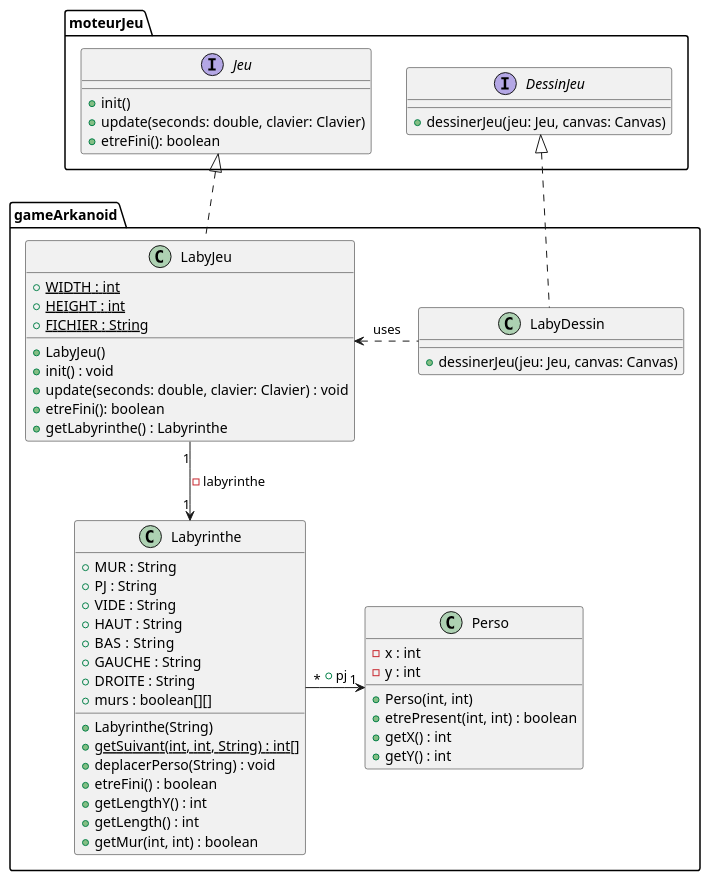
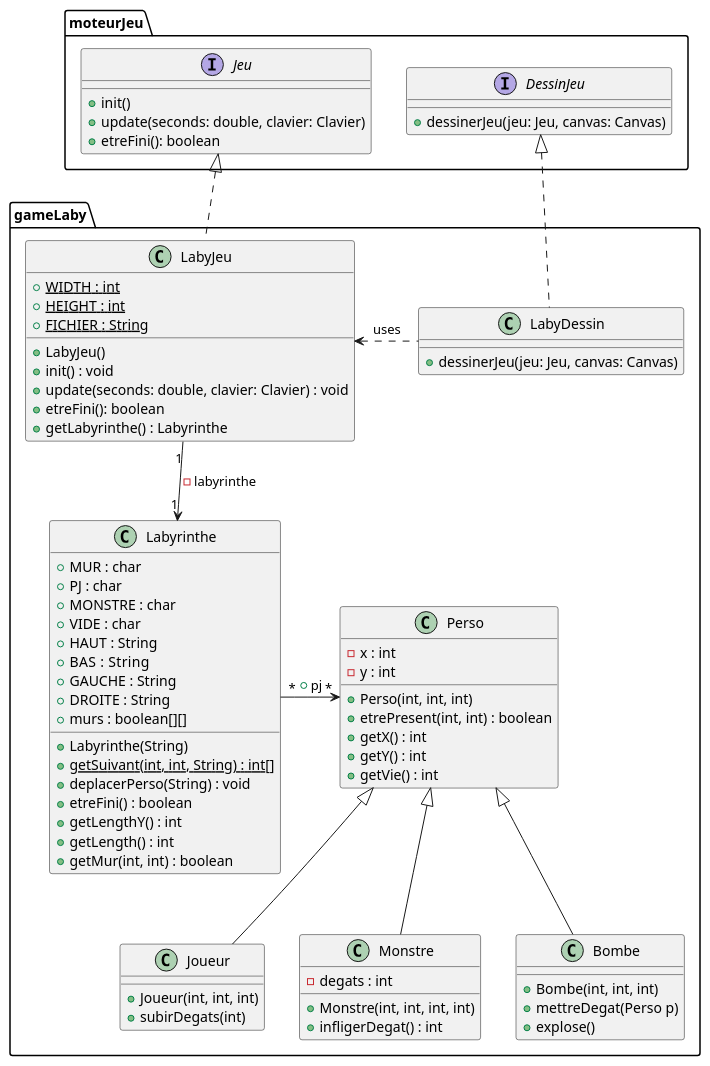
The diagram in projet_zeldiablo/documents/version_1/LabyJeu.puml (Packingdustry/2024_Zeldiablo_massoncl1u_delaborde2u_e2074u_marti1228u_e2920u), drawn with PlantUML before and after one commit.

Commit message:
MAJ diagramme de classe

```diff
--- a/projet_zeldiablo/documents/version_1/LabyJeu.puml
+++ b/projet_zeldiablo/documents/version_1/LabyJeu.puml
@@ -1,72 +1,89 @@
 @startuml
 package moteurJeu {
 
 interface Jeu{
 + init()
 + update(seconds: double, clavier: Clavier)
 + etreFini(): boolean
 }
 
 
 interface DessinJeu {
 + dessinerJeu(jeu: Jeu, canvas: Canvas)
 }
 }
 
-package gameArkanoid{
+package gameLaby{
 
 class LabyJeu{
 + {static} WIDTH : int
 + {static} HEIGHT : int
 + {static} FICHIER : String
 + LabyJeu()
 + init() : void
 + update(seconds: double, clavier: Clavier) : void
 + etreFini(): boolean
 + getLabyrinthe() : Labyrinthe
 }
 
 class Labyrinthe {
-  + MUR : String
-  + PJ : String
-  + VIDE : String
+  + MUR : char
+  + PJ : char
+  + MONSTRE : char
+  + VIDE : char
   + HAUT : String
   + BAS  : String
   + GAUCHE : String
   + DROITE : String
   + murs : boolean[][]
   + Labyrinthe(String)
   + {static} getSuivant(int, int, String) : int[]
   + deplacerPerso(String) : void
   + etreFini() : boolean
   + getLengthY() : int
   + getLength() : int
   + getMur(int, int) : boolean
 }
 
+
 Jeu <|.. LabyJeu
 
 
 LabyJeu "1" --> "1" Labyrinthe : -labyrinthe
 
 
 class LabyDessin{
 + dessinerJeu(jeu: Jeu, canvas: Canvas)
 }
 
 DessinJeu <|.. LabyDessin
 LabyJeu <. LabyDessin:uses
 
-
 class Perso {
   - x : int
   - y : int
-  + Perso(int, int)
+  + Perso(int, int, int)
   + etrePresent(int, int) : boolean
   + getX() : int
   + getY() : int
+  + getVie() : int
 }
 
-Labyrinthe "*" -> "1" Perso : + pj
+class Joueur extends Perso{
+  + Joueur(int, int, int)
+  + subirDegats(int)
+}
+
+class Monstre extends Perso {
+  - degats : int
+  + Monstre(int, int, int, int)
+  + infligerDegat() : int
+}
+class Bombe extends Perso {
+  + Bombe(int, int, int)
+  + mettreDegat(Perso p)
+  + explose()
+}
+Labyrinthe "*" -> "*" Perso : + pj
 }
 @enduml
```
